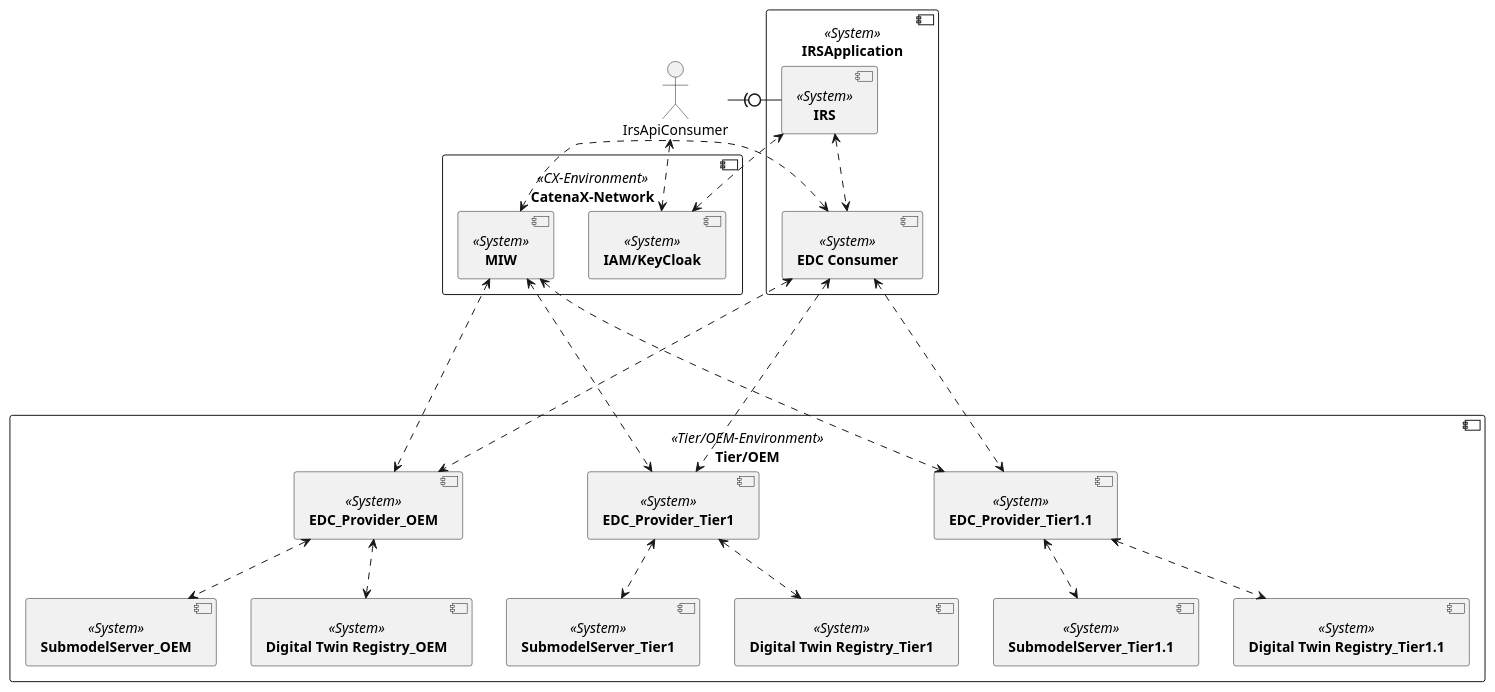
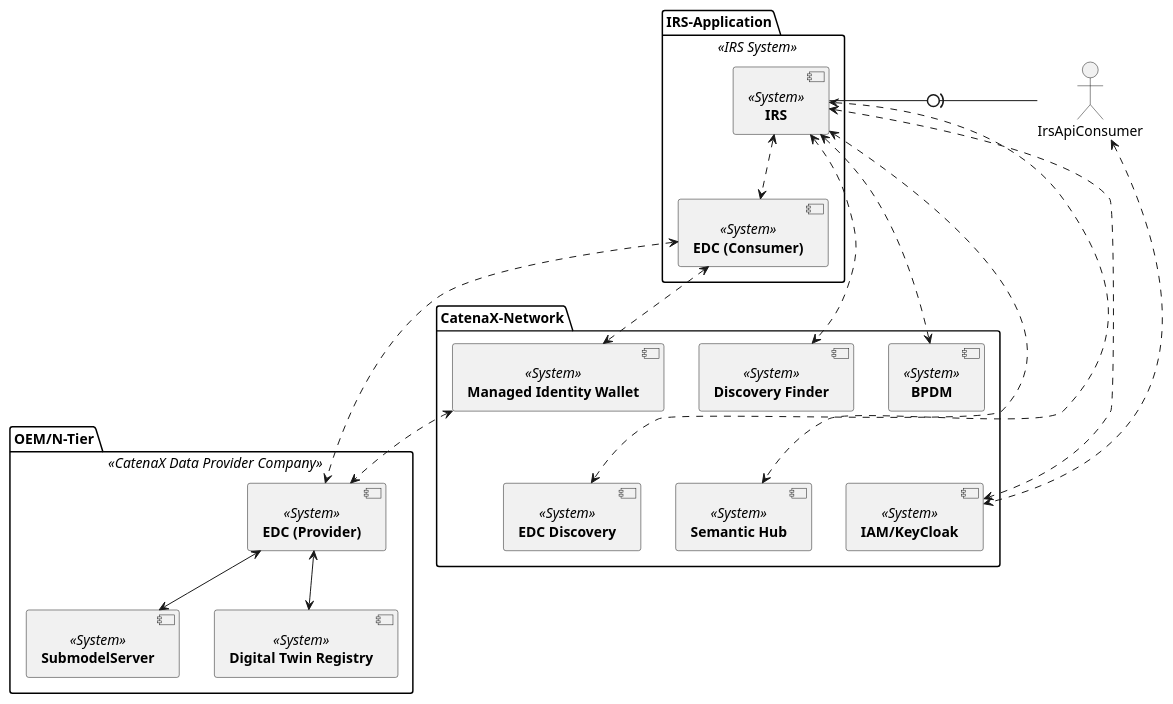
One commit to eclipse-tractusx/item-relationship-service changed the diagram in docs/src/uml-diagrams/building-block-view/whitebox_overall_decentral.puml. Above: the diagram before and after it, drawn with PlantUML. The commit also changed 1 other file, not shown here.

```diff
--- a/docs/src/uml-diagrams/building-block-view/whitebox_overall_decentral.puml
+++ b/docs/src/uml-diagrams/building-block-view/whitebox_overall_decentral.puml
@@ -1,52 +1,48 @@
 @startuml
 skinparam monochrome true
 skinparam shadowing false
 skinparam spacing 50
 
 
-component [**IRSApplication**] <<System>> {
+package [**IRS-Application**] <<IRS System>> as irs_component {
 	component [**IRS**] <<System>> as IRS
-	component [**EDC Consumer**] <<System>> as EDC
-
+	component [**EDC (Consumer)**] <<System>> as EDC
 }
 
-component [**CatenaX-Network**] <<CX-Environment>> {
+package [**CatenaX-Network**] as network {
+    component [**Managed Identity Wallet**] <<System>> as miw
     component [**IAM/KeyCloak**] <<System>> as IAM_IRS
-    component [**MIW**] <<System>> as identity_wallet
+    component [**EDC Discovery**] <<System>> as edc_discovery
+    component [**Discovery Finder**] <<System>> as discovery_finder
+    component [**Semantic Hub**] <<System>> as semantic_hub
+    component [**BPDM**] <<System>> as bpdm
+    miw -[hidden]d- IAM_IRS
+    miw -[hidden]r- discovery_finder
+    discovery_finder -[hidden]d- edc_discovery
+    bpdm -[hidden]d- semantic_hub
 }
 
-component [**Tier/OEM**] <<Tier/OEM-Environment>> {
-
-    component [**EDC_Provider_OEM**] <<System>> as EDCProviderOEM
-    component [**EDC_Provider_Tier1**] <<System>> as EDCProviderTier1
-    component [**EDC_Provider_Tier1.1**] <<System>> as EDCProviderTier11
-    component [**SubmodelServer_OEM**] <<System>> as SubmodelServerOEM
-    component [**SubmodelServer_Tier1**] <<System>> as SubmodelServerTier1
-    component [**SubmodelServer_Tier1.1**] <<System>> as SubmodelServerTier11
-    component [**Digital Twin Registry_OEM**] <<System>> as DT_REGOEM
-    component [**Digital Twin Registry_Tier1**] <<System>> as DT_REG1
-    component [**Digital Twin Registry_Tier1.1**] <<System>> as DT_REG11
+package [**OEM/N-Tier**] <<CatenaX Data Provider Company>> as provider {
+    component [**EDC (Provider)**] <<System>> as EDCProvider
+    component [**SubmodelServer**] <<System>> as SubmodelServer
+    component [**Digital Twin Registry**] <<System>> as DT_REG
+    EDCProvider <--> SubmodelServer
+    EDCProvider <--> DT_REG
 }
-
 
 actor IrsApiConsumer
 
 IrsApiConsumer -right(0- IRS
 IrsApiConsumer <.r.> IAM_IRS
 IRS <.d.> EDC
-IRS <.l.> IAM_IRS
-EDC <..> identity_wallet
-EDC <..> EDCProviderOEM
-EDC <...> EDCProviderTier1
-EDC <....> EDCProviderTier11
-identity_wallet <..> EDCProviderOEM
-identity_wallet <...> EDCProviderTier1
-identity_wallet <....> EDCProviderTier11
-EDCProviderOEM <..> SubmodelServerOEM
-EDCProviderTier1 <..> SubmodelServerTier1
-EDCProviderTier11 <..> SubmodelServerTier11
-EDCProviderOEM <..> DT_REGOEM
-EDCProviderTier1 <..> DT_REG1
-EDCProviderTier11 <..> DT_REG11
+IRS <..> IAM_IRS
+IRS <..> edc_discovery
+
+IRS <..> discovery_finder
+IRS <..> semantic_hub
+IRS <..> bpdm
+EDC <..> miw
+EDC <..> EDCProvider
+miw <..> EDCProvider
 
 @enduml
```
